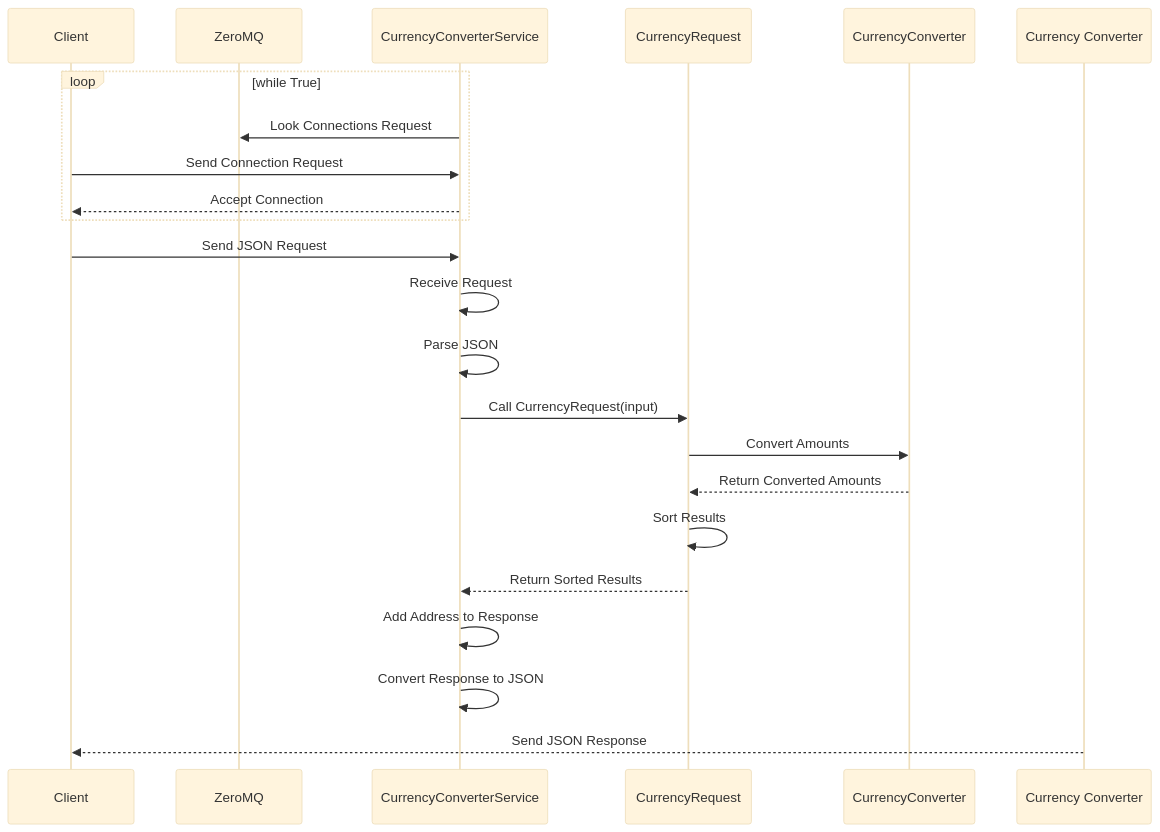
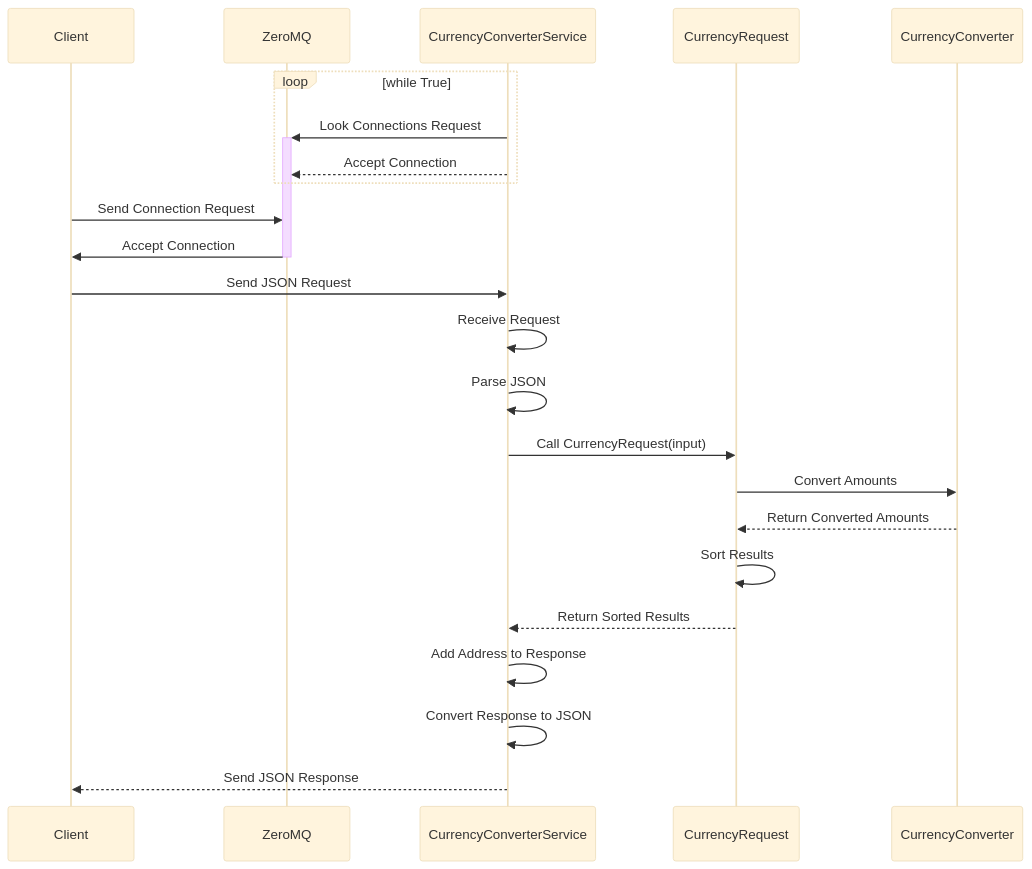
One commit to bakematt-OSU/CS-361-Microservice-1 changed the diagram in README.md. Above: the diagram before and after it, drawn with Mermaid (base theme). The commit also changed other lines of this file, not shown here.

````diff
--- a/README.md
+++ b/README.md
@@ -3,25 +3,26 @@
 ```mermaid
 sequenceDiagram
     participant Client
     participant ZeroMQ
     participant CurrencyConverterService
     participant CurrencyRequest
     participant CurrencyConverter
 
     loop while True
-        CurrencyConverterService->>ZeroMQ: Look Connections Request
-        Client->>CurrencyConverterService: Send Connection Request
-        CurrencyConverterService-->>Client: Accept Connection
+        CurrencyConverterService->>+ZeroMQ: Look Connections Request
+        CurrencyConverterService-->>ZeroMQ: Accept Connection
     end
+    Client->>ZeroMQ: Send Connection Request
+ZeroMQ->>-Client: Accept Connection
     Client->>CurrencyConverterService: Send JSON Request
     CurrencyConverterService->>CurrencyConverterService: Receive Request
     CurrencyConverterService->>CurrencyConverterService: Parse JSON
     CurrencyConverterService->>CurrencyRequest: Call CurrencyRequest(input)
     CurrencyRequest->>CurrencyConverter: Convert Amounts
     CurrencyConverter-->>CurrencyRequest: Return Converted Amounts
     CurrencyRequest->>CurrencyRequest: Sort Results
     CurrencyRequest-->>CurrencyConverterService: Return Sorted Results
     CurrencyConverterService->>CurrencyConverterService: Add Address to Response
     CurrencyConverterService->>CurrencyConverterService: Convert Response to JSON
-    Currency Converter-->>Client: Send JSON Response
+    CurrencyConverterService-->>Client: Send JSON Response
 ```
````
